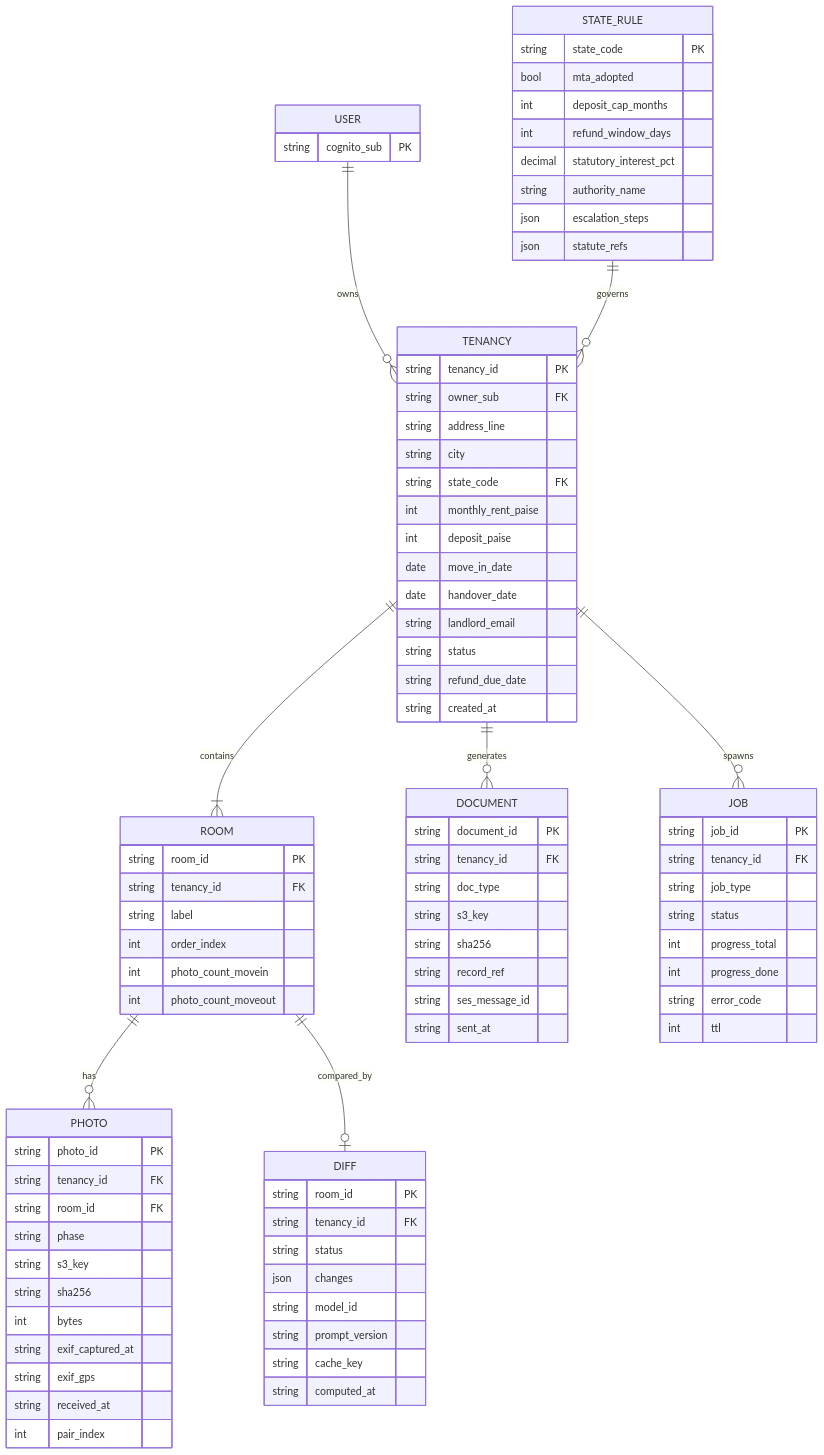
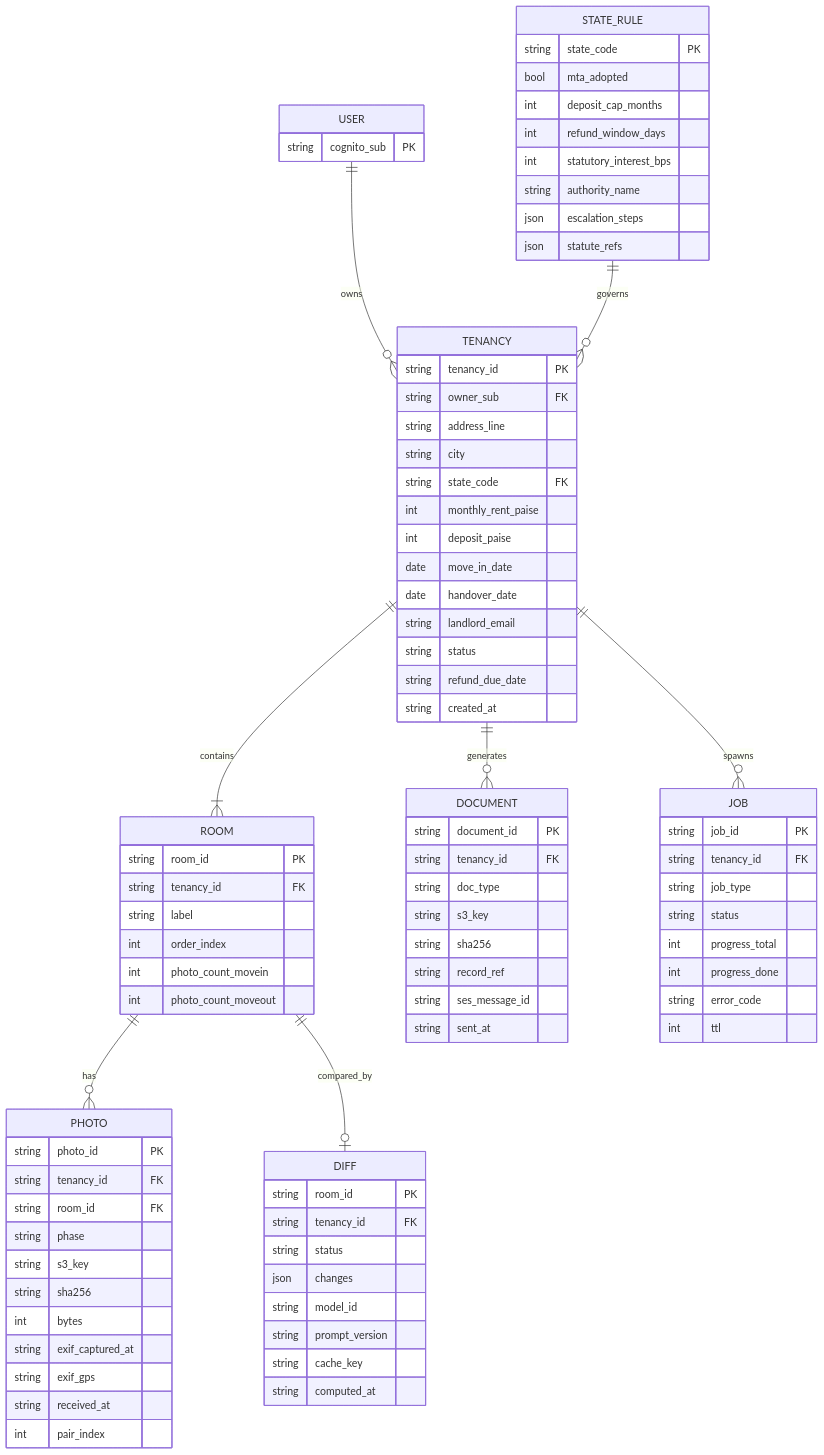
The second of 6 diagrams in docs/architecture.md (Sahvendra7/first-commit), drawn with Mermaid before and after one commit. The commit also changed other lines of this file and 21 other files, not shown here.

```diff
--- a/docs/architecture.md
+++ b/docs/architecture.md
@@ -435,7 +435,7 @@
         bool mta_adopted
         int deposit_cap_months
         int refund_window_days
-        decimal statutory_interest_pct
+        int statutory_interest_bps
         string authority_name
         json escalation_steps
         json statute_refs
```
